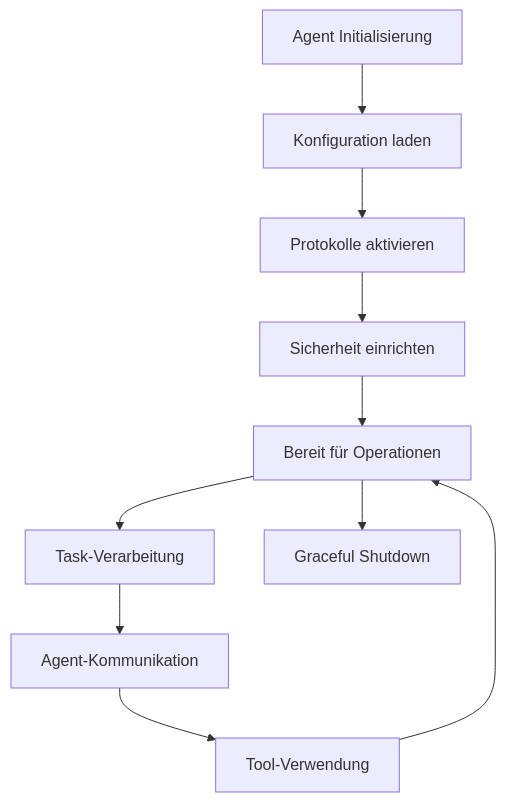
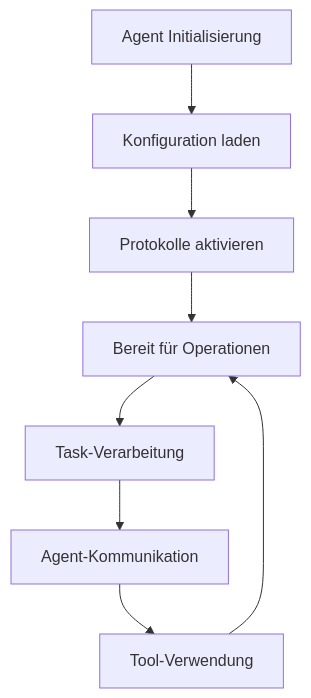
Before and after one commit to oscharko-dev/kei-agent-py-sdk: the diagram in docs/user-guide/concepts.md, drawn with Mermaid. The commit also changed other lines of this file and 13 other files, not shown here.

````diff
--- a/docs/user-guide/concepts.md
+++ b/docs/user-guide/concepts.md
@@ -19,12 +14,10 @@
 ```mermaid
 graph TD
     A[Agent Initialisierung] --> B[Konfiguration laden]
     B --> C[Protokolle aktivieren]
-    C --> D[Sicherheit einrichten]
-    D --> E[Bereit für Operationen]
-    E --> F[Task-Verarbeitung]
-    F --> G[Agent-Kommunikation]
-    G --> H[Tool-Verwendung]
-    H --> E
-    E --> I[Graceful Shutdown]
+    C --> D[Bereit für Operationen]
+    D --> E[Task-Verarbeitung]
+    E --> F[Agent-Kommunikation]
+    F --> G[Tool-Verwendung]
+    G --> D
 ```
````
